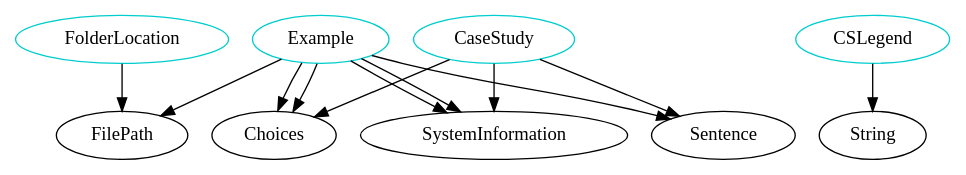
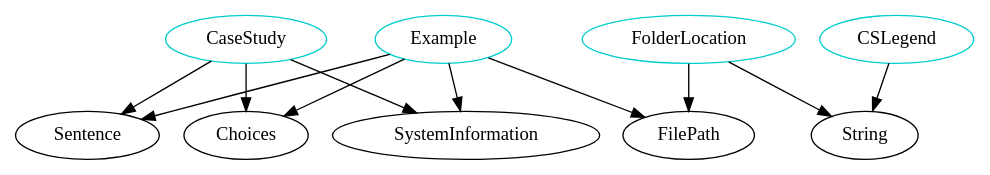
One commit to Ant13731/Drasil changed the diagram in analysis/TypeDependencyGraphs/website.dot. Above: the diagram before and after it, drawn with Graphviz. The commit also changed 149 other files, not shown here.

```diff
--- a/analysis/TypeDependencyGraphs/website.dot
+++ b/analysis/TypeDependencyGraphs/website.dot
@@ -1,44 +1,40 @@
 digraph alltypes {
 	subgraph analyiss {
 	}
 	subgraph body {
 		subgraph folderlocation{
 		FolderLocation -> FilePath;
+		FolderLocation -> String;
 		FolderLocation	[shape=oval, color=cyan3, label="FolderLocation"];
 		}
 	}
 	subgraph caestudys {
-		subgraph example{
-		Example -> SystemInformation;
-		Example -> Choices;
-		Example	[shape=oval, color=cyan3, label="Example"];
-		}
 		subgraph casestudy{
 		CaseStudy -> SystemInformation;
 		CaseStudy -> Sentence;
 		CaseStudy -> Choices;
 		CaseStudy	[shape=oval, color=cyan3, label="CaseStudy"];
 		}
 		subgraph cslegend{
 		CSLegend -> String;
 		CSLegend	[shape=oval, color=cyan3, label="CSLegend"];
 		}
 	}
 	subgraph documentation {
 	}
 	subgraph example {
 		subgraph example{
 		Example -> SystemInformation;
 		Example -> Sentence;
 		Example -> Choices;
 		Example -> FilePath;
 		Example	[shape=oval, color=cyan3, label="Example"];
 		}
 	}
 	subgraph graphs {
 	}
 	subgraph introduction {
 	}
 	subgraph main {
 	}
 }
```
